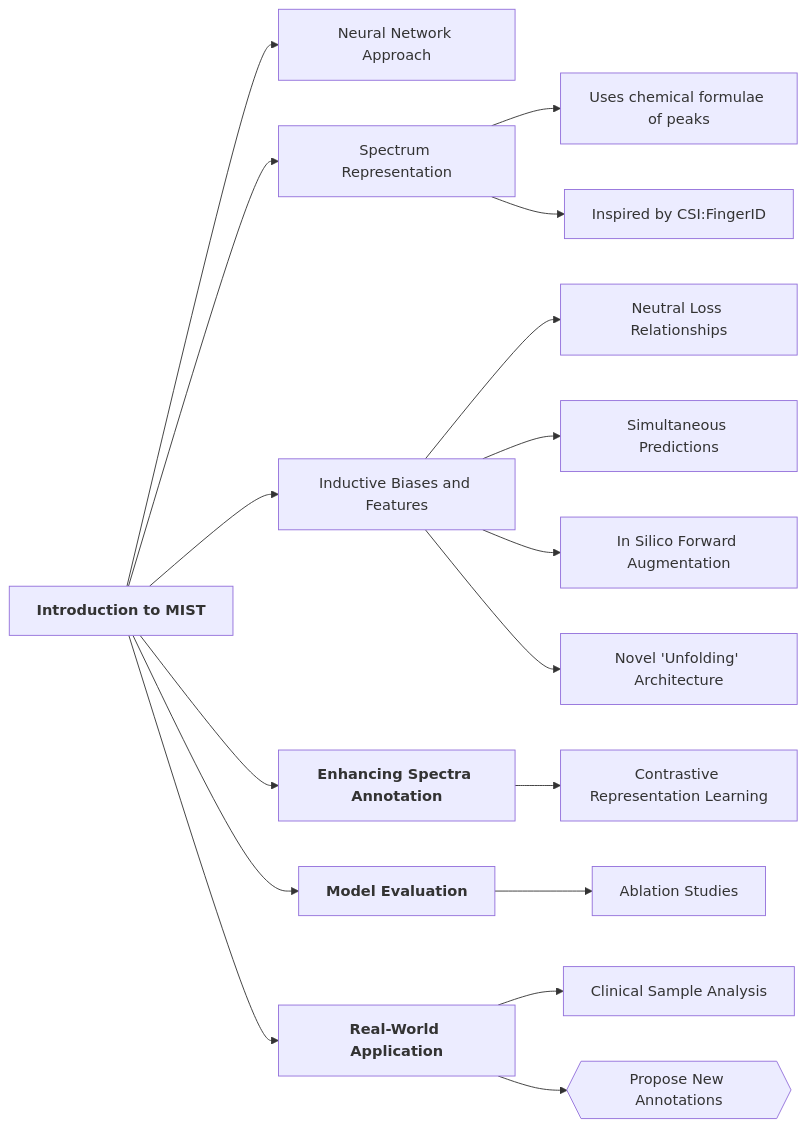
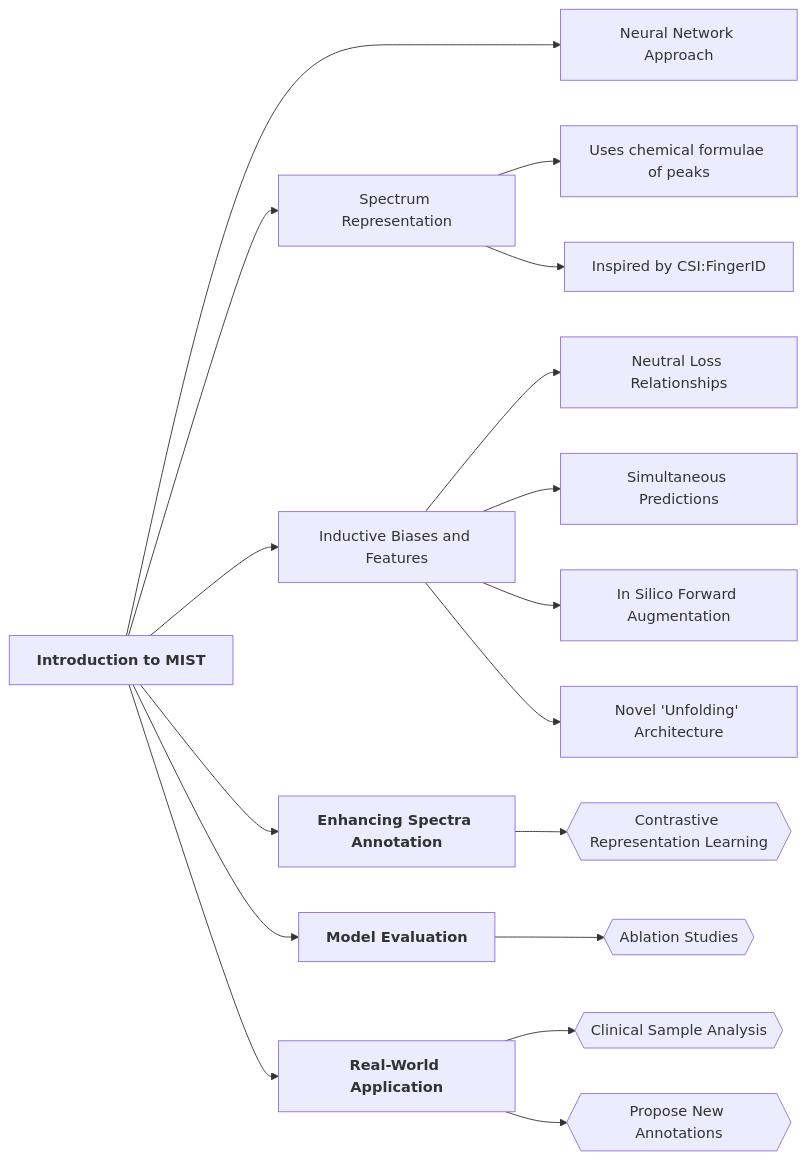
One commit to lamalab-org/toolminutes changed the diagram in papers/Metabolite_MS_Transformer/annotating-metabolite-mass-spectra-with-domain-inspired-chemical-formula-transformers.md. Above: the diagram before and after it, drawn with Mermaid.

Commit message:
flowchart

````diff
--- a/papers/Metabolite_MS_Transformer/annotating-metabolite-mass-spectra-with-domain-inspired-chemical-formula-transformers.md
+++ b/papers/Metabolite_MS_Transformer/annotating-metabolite-mass-spectra-with-domain-inspired-chemical-formula-transformers.md
@@ -7,25 +7,25 @@
 ```mermaid
 %%{init: {"flowchart": {"htmlLabels": true}} }%%
 flowchart LR;
 
-Introduction_MIST["<b><center>Introduction to MIST</center></b>"] --> Neural_Network_Approach["Neural Network Approach"];
+Introduction_MIST["<b><center>Introduction to MIST</center></b>"] ---> Neural_Network_Approach["Neural Network Approach"];
 Introduction_MIST --> Spectrum_Representation["Spectrum Representation"];
 Introduction_MIST --> Inductive_Biases_and_Features["Inductive Biases and Features"];
 Inductive_Biases_and_Features --> Neutral_Loss_Relationships["Neutral Loss Relationships"];
 Inductive_Biases_and_Features --> Simultaneous_Predictions["Simultaneous Predictions"];
 Inductive_Biases_and_Features --> In_Silico_Forward_Augmentation["In Silico Forward Augmentation"];
 Inductive_Biases_and_Features --> Novel_Unfolding_Architecture["Novel 'Unfolding' Architecture"];
 Spectrum_Representation --> Chemical_Formulae_of_Peaks["Uses chemical formulae of peaks"];
 Spectrum_Representation --> Inspired_by_CSI_FingerID["Inspired by CSI:FingerID"];
 
 Introduction_MIST --> Enhancing_Spectra_Annotation["<b><center>Enhancing Spectra Annotation</center></b>"];
-Enhancing_Spectra_Annotation --> Contrastive_Representation_Learning["Contrastive Representation Learning"];
+Enhancing_Spectra_Annotation --> Contrastive_Representation_Learning{{"Contrastive Representation Learning"}};
 
 Introduction_MIST --> Model_Evaluation["<b><center>Model Evaluation</center></b>"];
-Model_Evaluation --> Ablation_Studies["Ablation Studies"];
+Model_Evaluation --> Ablation_Studies{{"Ablation Studies"}};
 
 Introduction_MIST --> Real_World_Application["<b><center>Real-World Application</center></b>"];
-Real_World_Application --> Clinical_Sample_Analysis["Clinical Sample Analysis"];
+Real_World_Application --> Clinical_Sample_Analysis{{"Clinical Sample Analysis"}};
 Real_World_Application --> Propose_New_Annotations{{"Propose New Annotations"}}
 
 ```
````
